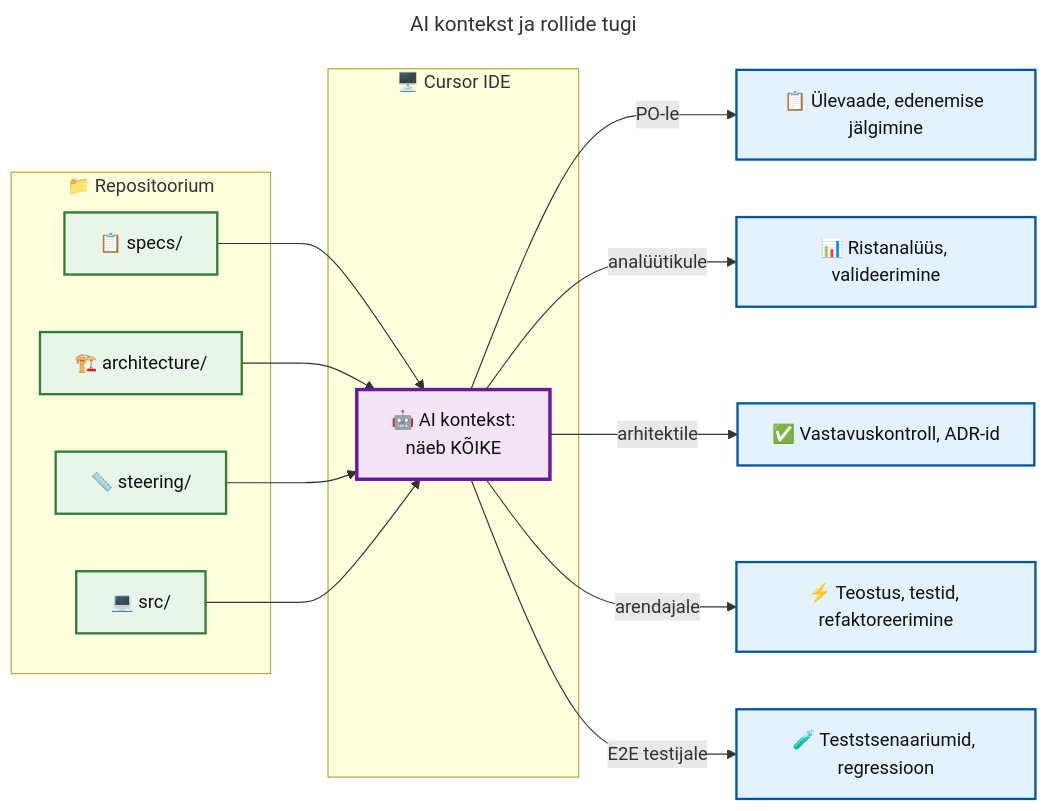
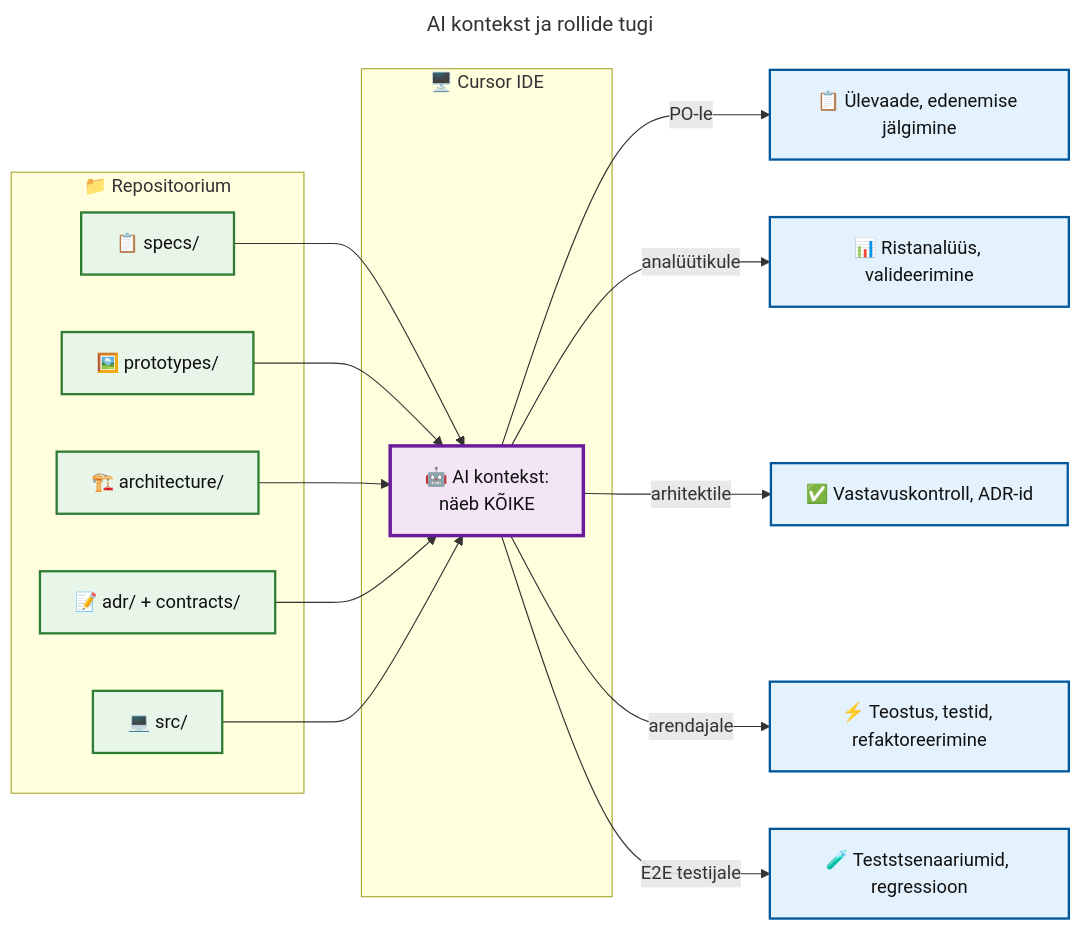
Before and after one commit to e-gov/cursor-prompts: diagram 11 of 17 in process/specification-driven-development.md, drawn with Mermaid. The commit also changed other lines of this file and 18 other files, not shown here.

````diff
--- a/process/specification-driven-development.md
+++ b/process/specification-driven-development.md
@@ -672,35 +1001,37 @@
 ```mermaid
 ---
 title: AI kontekst ja rollide tugi
 ---
 flowchart LR
     subgraph Repo["📁 Repositoorium"]
         SPEC["📋 specs/"]
+        PROTO["🖼️ prototypes/"]
         ARCH["🏗️ architecture/"]
-        STEER["📏 steering/"]
+        ADR_C2["📝 adr/ + contracts/"]
         CODE["💻 src/"]
     end
 
     subgraph Cursor["🖥️ Cursor IDE"]
         AI["🤖 AI kontekst:<br/>näeb KÕIKE"]
     end
 
     SPEC --> AI
+    PROTO --> AI
     ARCH --> AI
-    STEER --> AI
+    ADR_C2 --> AI
     CODE --> AI
 
     AI -->|"PO-le"| A0["📋 Ülevaade, edenemise jälgimine"]
     AI -->|"analüütikule"| A1["📊 Ristanalüüs, valideerimine"]
     AI -->|"arhitektile"| A2["✅ Vastavuskontroll, ADR-id"]
     AI -->|"arendajale"| A3["⚡ Teostus, testid, refaktoreerimine"]
     AI -->|"E2E testijale"| A4["🧪 Teststsenaariumid, regressioon"]
 
     classDef repo fill:#e8f5e9,stroke:#2e7d32,stroke-width:2px,color:#111111
     classDef ai fill:#f3e5f5,stroke:#6a1b9a,stroke-width:3px,color:#111111
     classDef output fill:#e3f2fd,stroke:#01579b,stroke-width:2px,color:#111111
 
-    class SPEC,ARCH,STEER,CODE repo
+    class SPEC,PROTO,ARCH,ADR_C2,CODE repo
     class AI ai
     class A0,A1,A2,A3,A4 output
 ```
````
